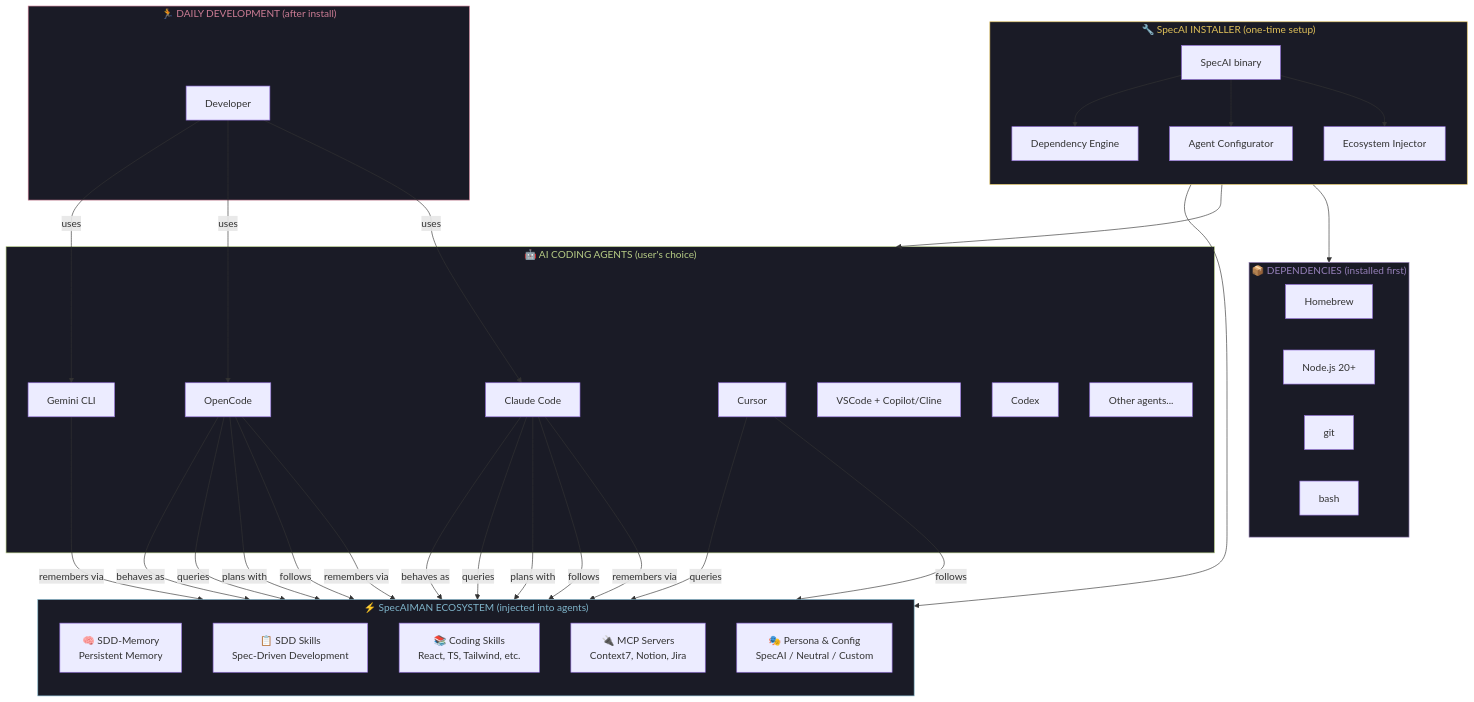
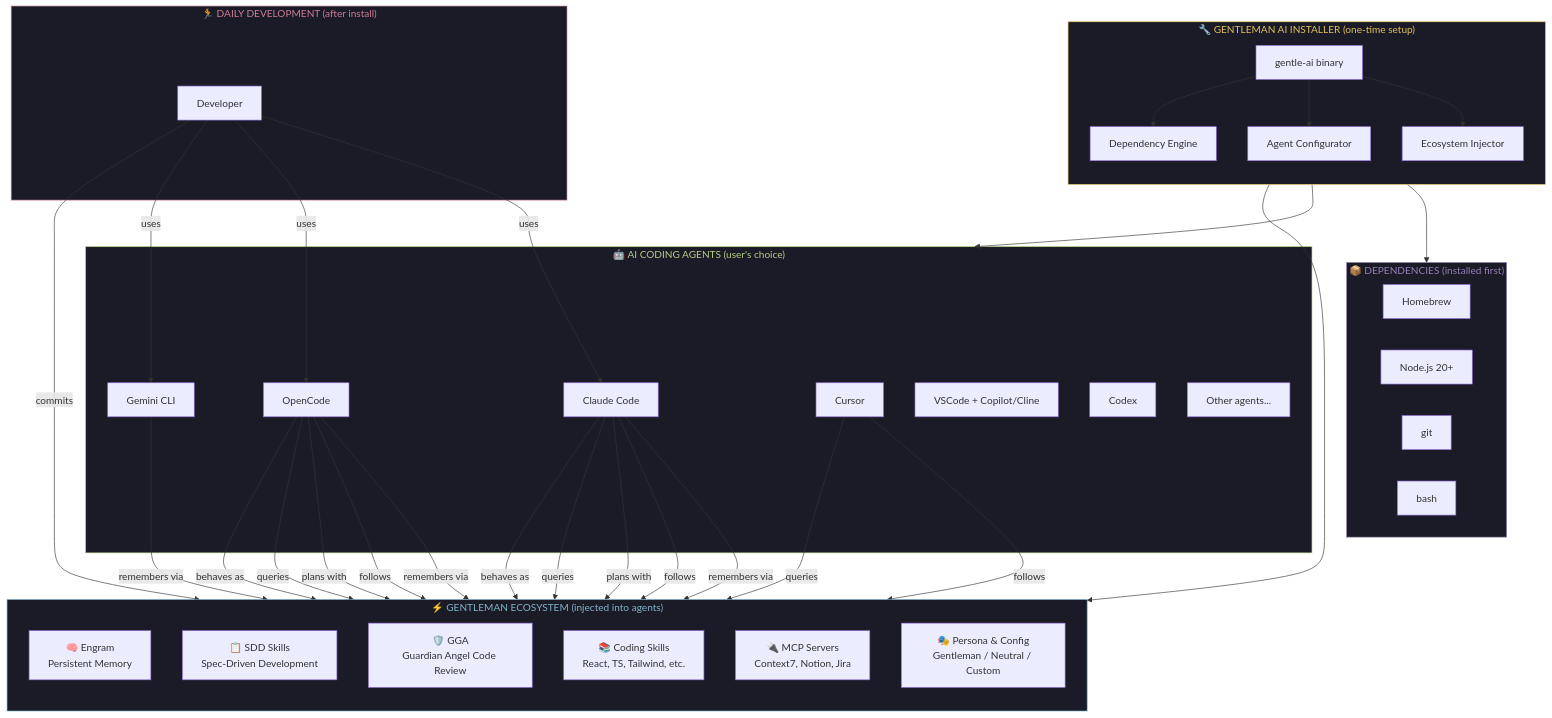
One commit to KevG1t/SpecAI changed the first of 7 diagrams in PRD.md. Above: the diagram before and after it, drawn with Mermaid. The commit also changed other lines of this file and 644 other files, not shown here.

````diff
--- a/PRD.md
+++ b/PRD.md
@@ -527,72 +580,74 @@
 ```mermaid
 graph TB
-    subgraph INSTALLER["🔧 SpecAI INSTALLER (one-time setup)"]
+    subgraph INSTALLER["🔧 GENTLEMAN AI INSTALLER (one-time setup)"]
         direction TB
-        GAI[SpecAI binary]
+        GAI[gentle-ai binary]
         GAI --> DEP_ENGINE[Dependency Engine]
         GAI --> AGENT_ENGINE[Agent Configurator]
         GAI --> ECO_ENGINE[Ecosystem Injector]
     end
 
     subgraph DEPS["📦 DEPENDENCIES (installed first)"]
         BREW[Homebrew]
         NODE[Node.js 20+]
         GIT[git]
         BASH_DEP[bash]
     end
 
     subgraph AGENTS["🤖 AI CODING AGENTS (user's choice)"]
         CC[Claude Code]
         OC[OpenCode]
         GEM[Gemini CLI]
         CUR[Cursor]
         VSC[VSCode + Copilot/Cline]
         CDX[Codex]
         OTHER[Other agents...]
     end
 
-    subgraph ECOSYSTEM["⚡ SpecAIMAN ECOSYSTEM (injected into agents)"]
+    subgraph ECOSYSTEM["⚡ GENTLEMAN ECOSYSTEM (injected into agents)"]
         direction TB
-        SDD_MEMORY[🧠 SDD-Memory<br/>Persistent Memory]
+        ENGRAM[🧠 Engram<br/>Persistent Memory]
         SDD[📋 SDD Skills<br/>Spec-Driven Development]
+        GGA_COMP[🛡️ GGA<br/>Guardian Angel Code Review]
         SKILLS[📚 Coding Skills<br/>React, TS, Tailwind, etc.]
         MCP[🔌 MCP Servers<br/>Context7, Notion, Jira]
-        PERSONA[🎭 Persona & Config<br/>SpecAI / Neutral / Custom]
+        PERSONA[🎭 Persona & Config<br/>Gentleman / Neutral / Custom]
     end
 
     subgraph RUNTIME["🏃 DAILY DEVELOPMENT (after install)"]
         DEV[Developer]
     end
 
     DEP_ENGINE --> DEPS
     AGENT_ENGINE --> AGENTS
     ECO_ENGINE --> ECOSYSTEM
 
     DEV -->|uses| CC
     DEV -->|uses| OC
     DEV -->|uses| GEM
+    DEV -->|commits| GGA_COMP
 
-    CC -->|remembers via| SDD_MEMORY
-    OC -->|remembers via| SDD_MEMORY
-    GEM -->|remembers via| SDD_MEMORY
+    CC -->|remembers via| ENGRAM
+    OC -->|remembers via| ENGRAM
+    GEM -->|remembers via| ENGRAM
 
     CC -->|follows| SKILLS
     OC -->|follows| SKILLS
     CUR -->|follows| SKILLS
 
     CC -->|plans with| SDD
     OC -->|plans with| SDD
 
     CC -->|queries| MCP
     OC -->|queries| MCP
     CUR -->|queries| MCP
 
     CC -->|behaves as| PERSONA
     OC -->|behaves as| PERSONA
 
     style INSTALLER fill:#1a1b26,stroke:#E0C15A,color:#E0C15A
     style ECOSYSTEM fill:#1a1b26,stroke:#7FB4CA,color:#7FB4CA
     style AGENTS fill:#1a1b26,stroke:#B7CC85,color:#B7CC85
     style DEPS fill:#1a1b26,stroke:#957FB8,color:#957FB8
     style RUNTIME fill:#1a1b26,stroke:#CB7C94,color:#CB7C94
 ```
````
